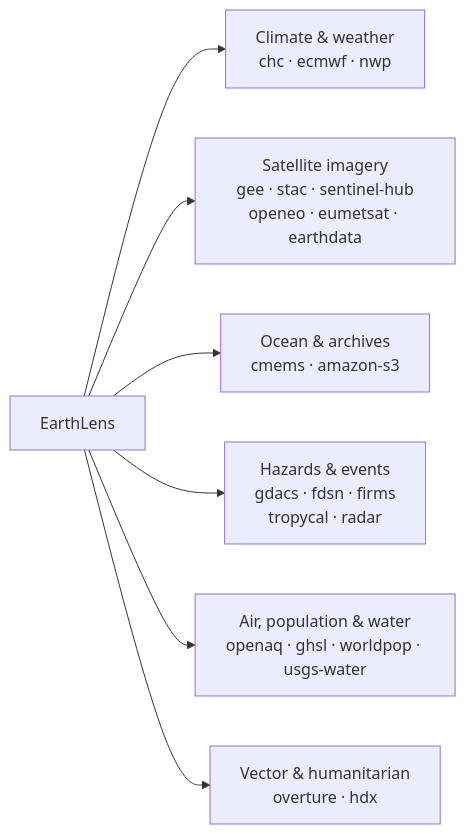
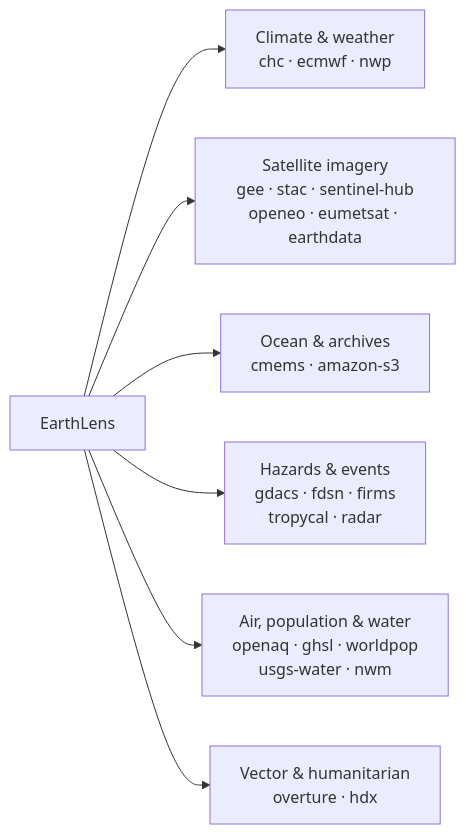
One commit to serapeum-org/earthlens changed the diagram in docs/index.md. Above: the diagram before and after it, drawn with Mermaid. The commit also changed other lines of this file and 1 other file, not shown here.

````diff
--- a/docs/index.md
+++ b/docs/index.md
@@ -35,9 +35,9 @@
 ```mermaid
 graph LR
     EarthLens --> Climate["Climate & weather<br/>chc · ecmwf · nwp"]
     EarthLens --> Imagery["Satellite imagery<br/>gee · stac · sentinel-hub<br/>openeo · eumetsat · earthdata"]
     EarthLens --> Ocean["Ocean & archives<br/>cmems · amazon-s3"]
     EarthLens --> Hazards["Hazards & events<br/>gdacs · fdsn · firms<br/>tropycal · radar"]
-    EarthLens --> People["Air, population & water<br/>openaq · ghsl · worldpop · usgs-water"]
+    EarthLens --> People["Air, population & water<br/>openaq · ghsl · worldpop<br/>usgs-water · nwm"]
     EarthLens --> Vector["Vector & humanitarian<br/>overture · hdx"]
 ```
````
